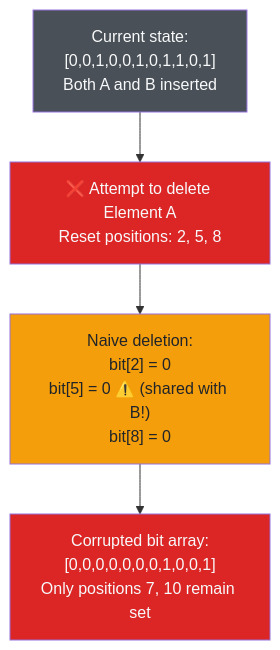
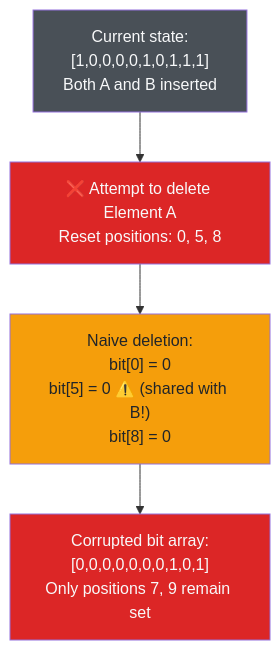
One commit to AxelUser/maltsev.space changed the second of 6 diagrams in src/posts/009-counting-bloom-filters/index.md. Above: the diagram before and after it, drawn with Mermaid. The commit also changed other lines of this file and 6 other files, not shown here.

Commit message:
feature: show drafts only during development and better explanation of deletion problem

````diff
--- a/src/posts/009-counting-bloom-filters/index.md
+++ b/src/posts/009-counting-bloom-filters/index.md
@@ -63,13 +75,13 @@
 ```mermaid
 graph TD
-    A["Current state:<br/>[0,0,1,0,0,1,0,1,1,0,1]<br/>Both A and B inserted"] --> B["❌ Attempt to delete Element A<br/>Reset positions: 2, 5, 8"]
+    A["Current state:<br/>[1,0,0,0,0,1,0,1,1,1]<br/>Both A and B inserted"] --> B["❌ Attempt to delete Element A<br/>Reset positions: 0, 5, 8"]
     
-    B --> C["Naive deletion:<br/>bit[2] = 0<br/>bit[5] = 0 ⚠️ (shared with B!)<br/>bit[8] = 0"]
+    B --> C["Naive deletion:<br/>bit[0] = 0<br/>bit[5] = 0 ⚠️ (shared with B!)<br/>bit[8] = 0"]
     
-    C --> D["Corrupted bit array:<br/>[0,0,0,0,0,0,0,1,0,0,1]<br/>Only positions 7, 10 remain set"]
+    C --> D["Corrupted bit array:<br/>[0,0,0,0,0,0,0,1,0,1]<br/>Only positions 7, 9 remain set"]
     
     style A fill:#495057,color:#f8f9fa
     style B fill:#dc2626,color:#f8f9fa
     style C fill:#f59e0b,color:#212529
     style D fill:#dc2626,color:#f8f9fa
 ```
````
